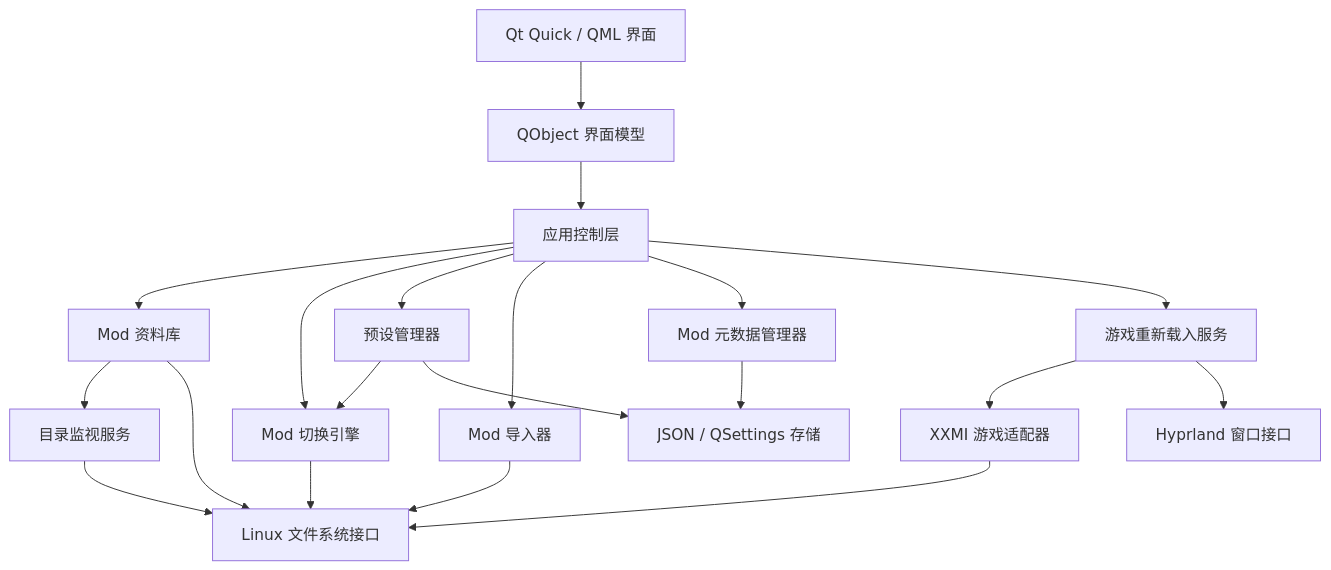
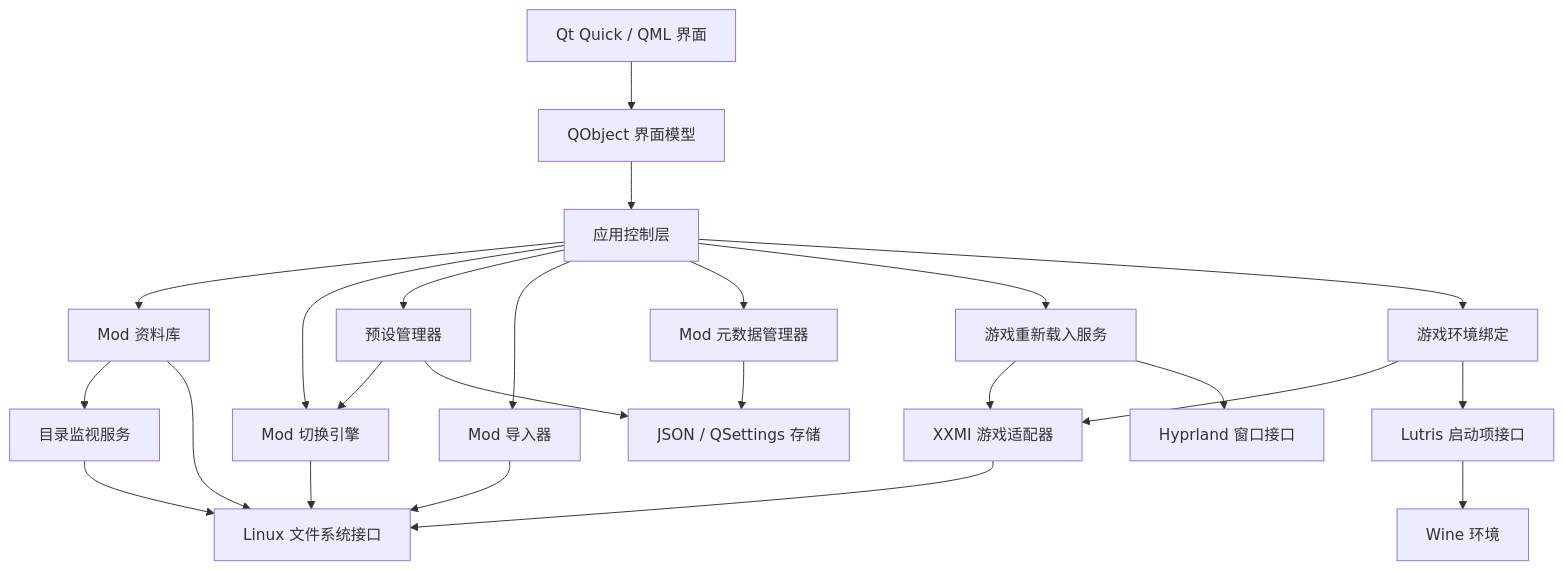
The diagram in 规划.md (OctoberPrayRain/RLSM-XXMI), drawn with Mermaid before and after one commit. The commit also changed other lines of this file, not shown here.

Commit message:
docs: describe Lutris Wine integration

````diff
--- a/规划.md
+++ b/规划.md
@@ -18,39 +19,46 @@
 ```mermaid
 flowchart TB
     UI["Qt Quick / QML 界面"]
     VM["QObject 界面模型"]
     APP["应用控制层"]
 
     LIB["Mod 资料库"]
     TOGGLE["Mod 切换引擎"]
     PROFILE["预设管理器"]
     IMPORT["Mod 导入器"]
     META["Mod 元数据管理器"]
     RELOAD["游戏重新载入服务"]
     WATCH["目录监视服务"]
+    BIND["游戏环境绑定"]
 
     FS["Linux 文件系统接口"]
     XXMI["XXMI 游戏适配器"]
+    LUTRIS["Lutris 启动项接口"]
+    WINE["Wine 环境"]
     HYPR["Hyprland 窗口接口"]
     STORE["JSON / QSettings 存储"]
 
     UI --> VM
     VM --> APP
     APP --> LIB
     APP --> TOGGLE
     APP --> PROFILE
     APP --> IMPORT
     APP --> META
     APP --> RELOAD
+    APP --> BIND
     LIB --> WATCH
     LIB --> FS
     TOGGLE --> FS
     PROFILE --> TOGGLE
     PROFILE --> STORE
     IMPORT --> FS
     META --> STORE
     RELOAD --> XXMI
     RELOAD --> HYPR
+    BIND --> XXMI
+    BIND --> LUTRIS
+    LUTRIS --> WINE
     WATCH --> FS
     XXMI --> FS
 ```
````
